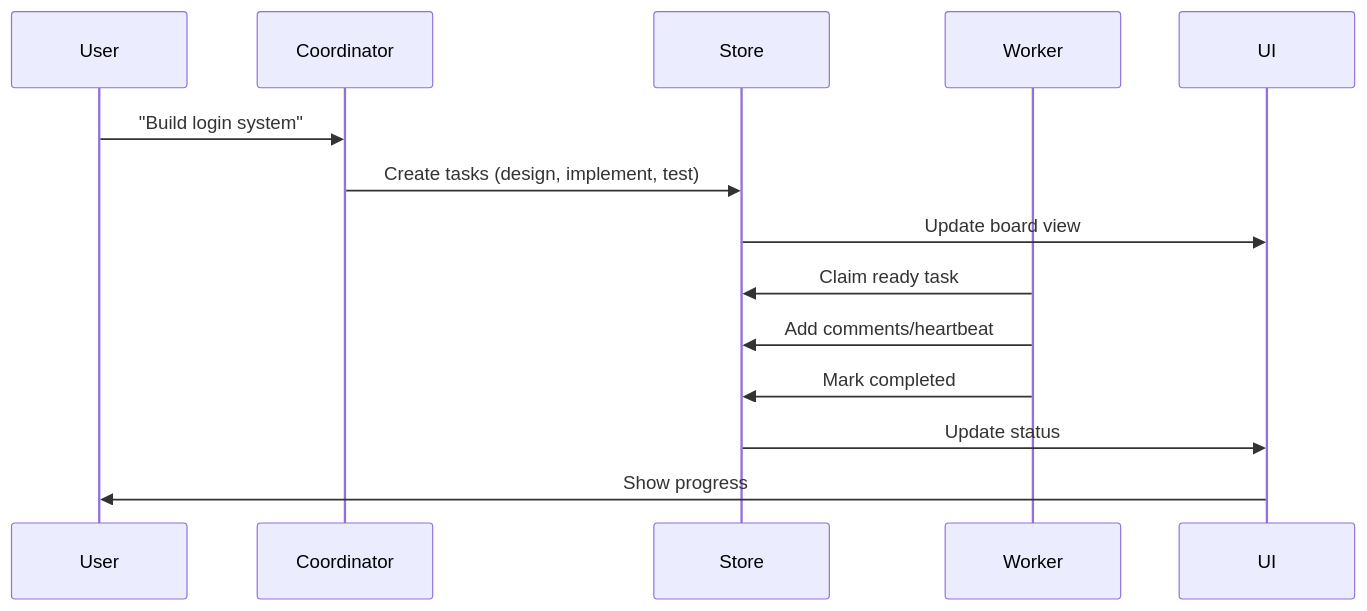
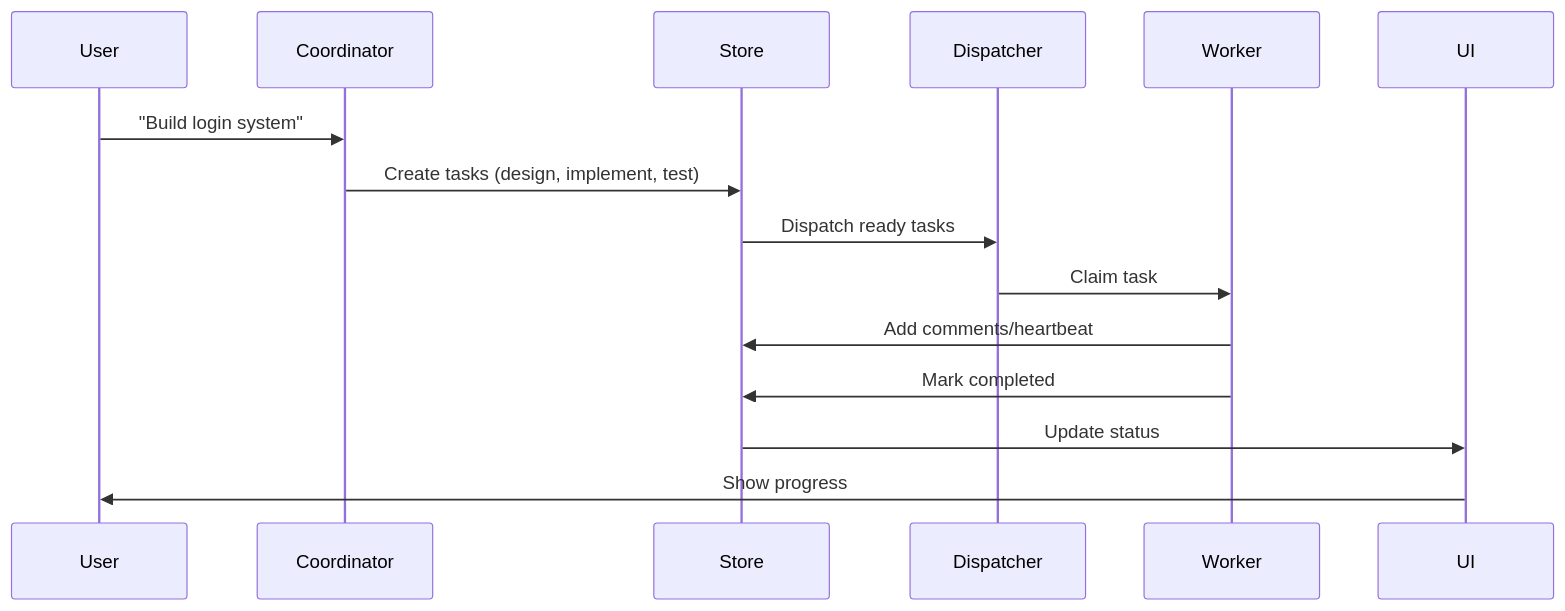
Before and after one commit to MervinPraison/PraisonAIDocs: the second of 7 diagrams in docs/features/kanban.mdx, drawn with Mermaid. The commit also changed other lines of this file and 2 other files, not shown here.

First line of the commit message:
fix: address architectural issues in Kanban documentation

````diff
--- a/docs/features/kanban.mdx
+++ b/docs/features/kanban.mdx
@@ -74,17 +63,18 @@
 ```mermaid
 sequenceDiagram
     participant User
     participant Coordinator
     participant Store
+    participant Dispatcher
     participant Worker
     participant UI
     
     User->>Coordinator: "Build login system"
     Coordinator->>Store: Create tasks (design, implement, test)
-    Store->>UI: Update board view
-    Worker->>Store: Claim ready task
+    Store->>Dispatcher: Dispatch ready tasks
+    Dispatcher->>Worker: Claim task
     Worker->>Store: Add comments/heartbeat
     Worker->>Store: Mark completed
     Store->>UI: Update status
     UI->>User: Show progress
 ```
````
